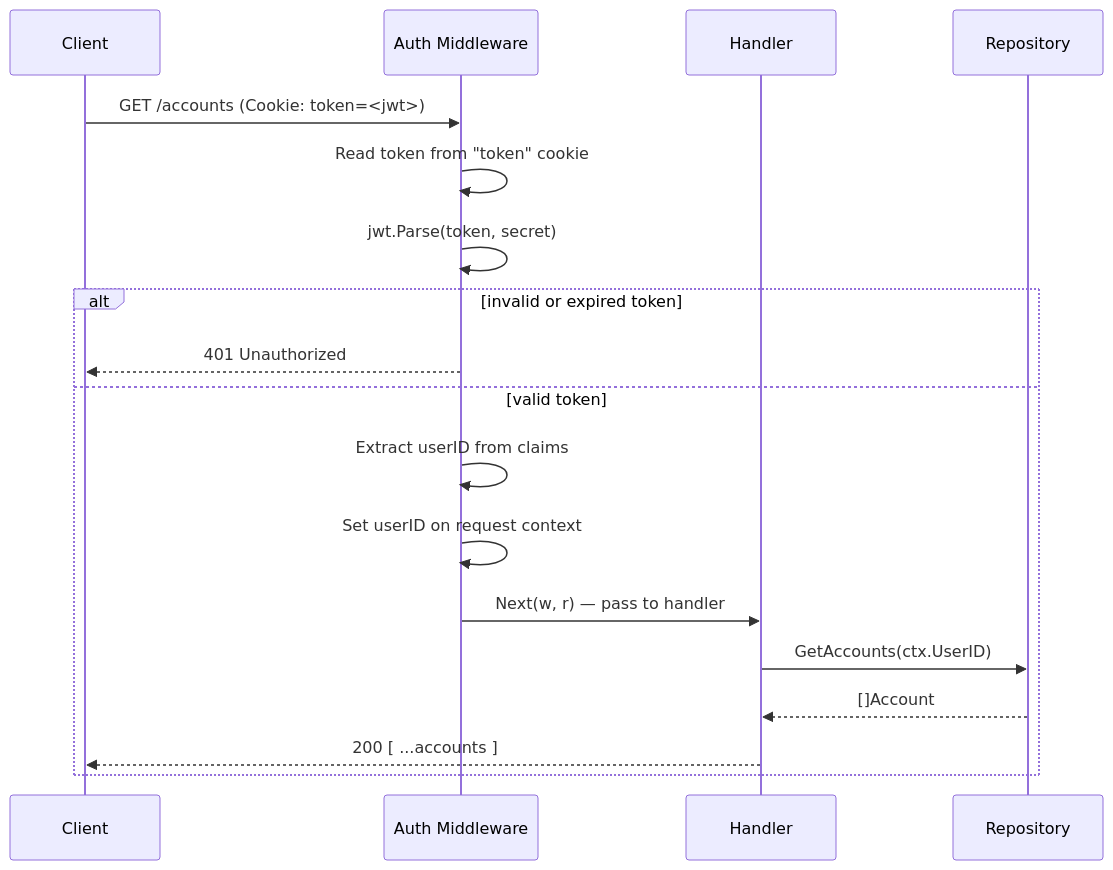
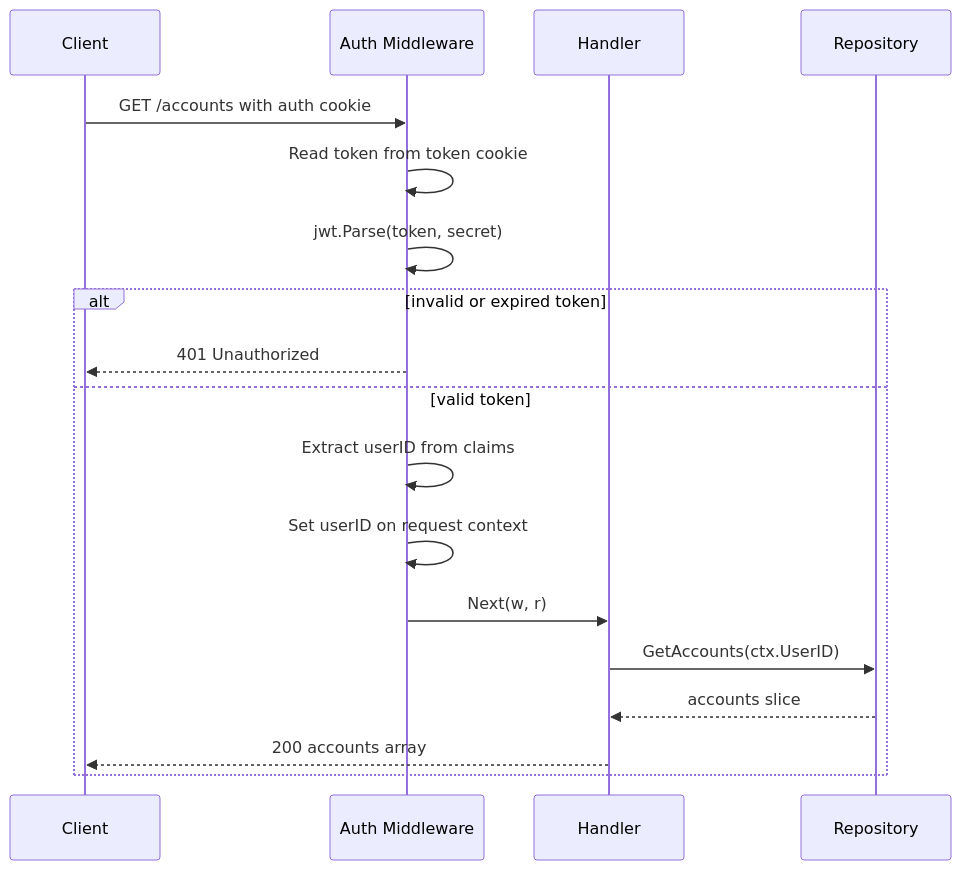
Before and after one commit to ppinedo0714/a-couple-of-coins: the fourth of 7 diagrams in backend/docs/flows.md, drawn with Mermaid. The commit also changed other lines of this file and 3 other files, not shown here.

````diff
--- a/backend/docs/flows.md
+++ b/backend/docs/flows.md
@@ -122,21 +122,21 @@
 ```mermaid
 sequenceDiagram
     participant C as Client
     participant M as Auth Middleware
     participant H as Handler
     participant R as Repository
 
-    C->>M: GET /accounts (Cookie: token=<jwt>)
-    M->>M: Read token from "token" cookie
+    C->>M: GET /accounts with auth cookie
+    M->>M: Read token from token cookie
     M->>M: jwt.Parse(token, secret)
     alt invalid or expired token
         M-->>C: 401 Unauthorized
     else valid token
         M->>M: Extract userID from claims
         M->>M: Set userID on request context
-        M->>H: Next(w, r) — pass to handler
+        M->>H: Next(w, r)
         H->>R: GetAccounts(ctx.UserID)
-        R-->>H: []Account
-        H-->>C: 200 [ ...accounts ]
+        R-->>H: accounts slice
+        H-->>C: 200 accounts array
     end
 ```
````
